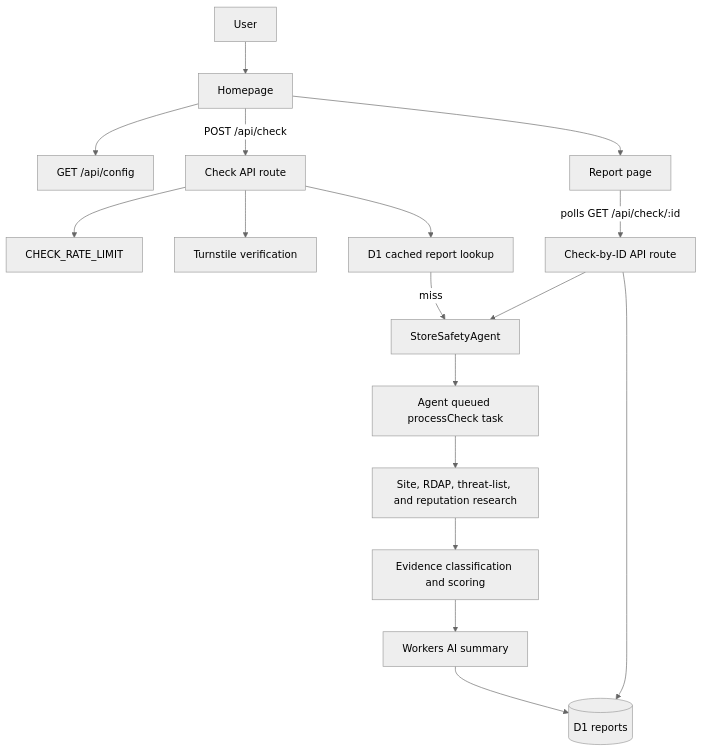
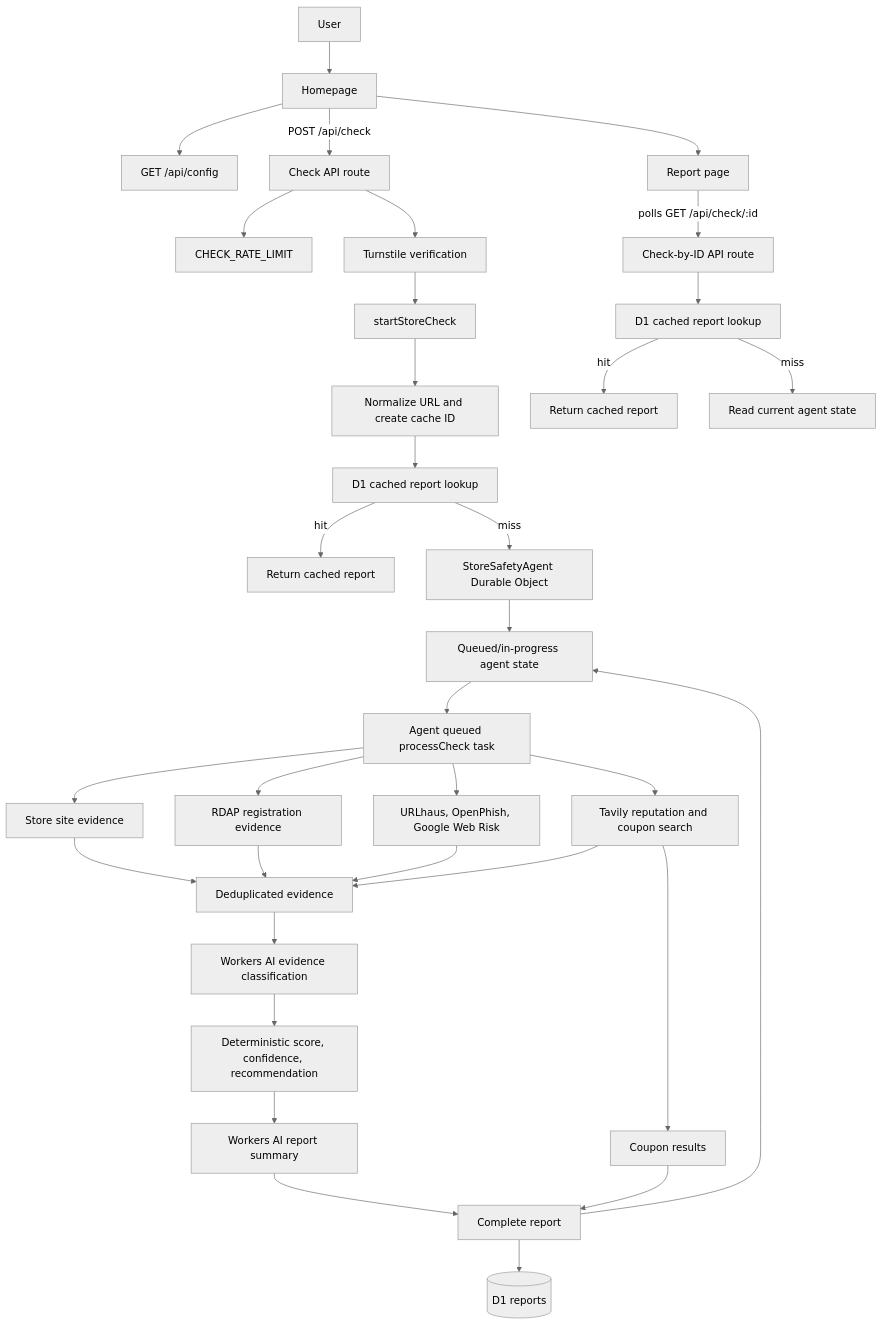
Before and after one commit to rgllm/issafe.store: the diagram in README.md, drawn with Mermaid (neutral theme). The commit also changed other lines of this file, not shown here.

Commit message:
docs: refresh README architecture graph

````diff
--- a/README.md
+++ b/README.md
@@ -145,19 +145,36 @@
 ```mermaid
 flowchart TD
   user[User] --> home[Homepage]
   home --> config[GET /api/config]
   home -->|POST /api/check| apiCheck[Check API route]
   apiCheck --> rateLimit[CHECK_RATE_LIMIT]
   apiCheck --> turnstile[Turnstile verification]
-  apiCheck --> cache[D1 cached report lookup]
-  cache -->|miss| agent[StoreSafetyAgent]
-  agent --> queue[Agent queued processCheck task]
-  queue --> research[Site, RDAP, threat-list, and reputation research]
-  research --> scoring[Evidence classification and scoring]
-  scoring --> ai[Workers AI summary]
-  ai --> d1[(D1 reports)]
+  turnstile --> startCheck[startStoreCheck]
+  startCheck --> normalize[Normalize URL and create cache ID]
+  normalize --> cache[D1 cached report lookup]
+  cache -->|hit| apiResponse[Return cached report]
+  cache -->|miss| agent[StoreSafetyAgent Durable Object]
+  agent --> state[Queued/in-progress agent state]
+  state --> queue[Agent queued processCheck task]
+  queue --> site[Store site evidence]
+  queue --> rdap[RDAP registration evidence]
+  queue --> threats[URLhaus, OpenPhish, Google Web Risk]
+  queue --> tavily[Tavily reputation and coupon search]
+  site --> evidence[Deduplicated evidence]
+  rdap --> evidence
+  threats --> evidence
+  tavily --> evidence
+  evidence --> classify[Workers AI evidence classification]
+  classify --> scoring[Deterministic score, confidence, recommendation]
+  scoring --> summary[Workers AI report summary]
+  tavily --> coupons[Coupon results]
+  summary --> complete[Complete report]
+  coupons --> complete
+  complete --> d1[(D1 reports)]
+  complete --> state
   home --> report[Report page]
   report -->|polls GET /api/check/:id| apiCheckId[Check-by-ID API route]
-  apiCheckId --> d1
-  apiCheckId --> agent
+  apiCheckId --> idCache[D1 cached report lookup]
+  idCache -->|hit| reportResponse[Return cached report]
+  idCache -->|miss| currentAgent[Read current agent state]
 ```
````
